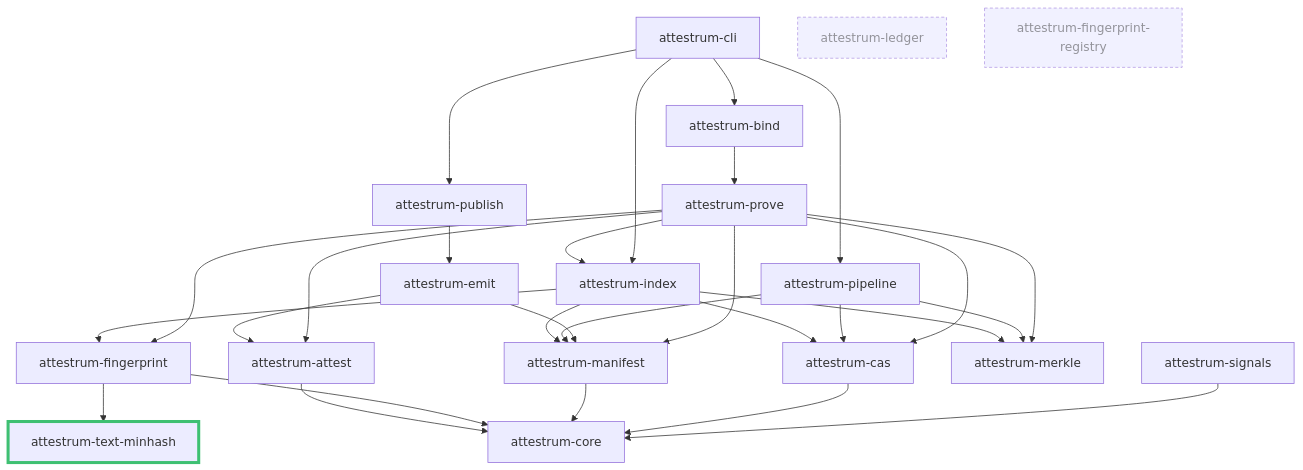
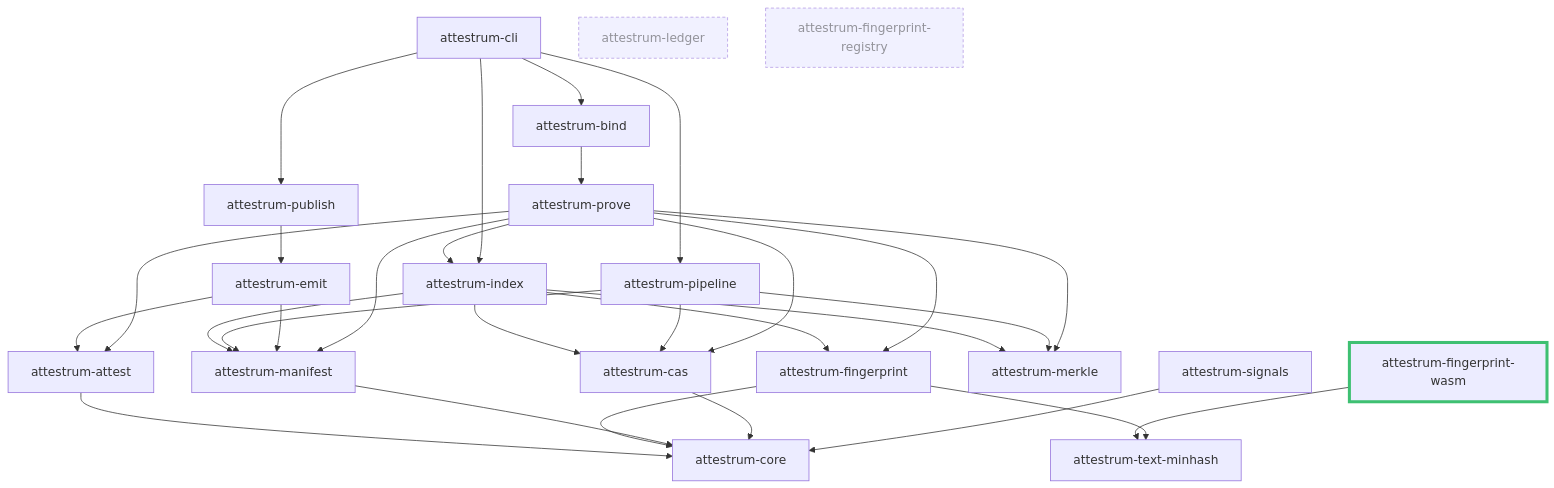
One commit to Attestrum/Attestrum changed the diagram in docs/diagrams/overview/crate-deps.md. Above: the diagram before and after it, drawn with Mermaid. The commit also changed other lines of this file and 12 other files, not shown here.

````diff
--- a/docs/diagrams/overview/crate-deps.md
+++ b/docs/diagrams/overview/crate-deps.md
@@ -17,43 +17,44 @@
 ```mermaid
 flowchart TD
   CLI[attestrum-cli] --> BD[attestrum-bind]
   CLI --> P[attestrum-pipeline]
   CLI --> PB[attestrum-publish]
 
   BD --> PV[attestrum-prove]
   PB --> EM[attestrum-emit]
 
   PV --> AT[attestrum-attest]
   PV --> CAS[attestrum-cas]
   PV --> FP[attestrum-fingerprint]
   PV --> M[attestrum-manifest]
   PV --> MK[attestrum-merkle]
 
   EM --> AT
   EM --> M
 
   P --> CAS
   P --> M
   P --> MK
 
   CLI --> IX[attestrum-index]
   PV --> IX
   IX --> FP
   IX --> CAS
   IX --> M
   IX --> MK
 
   S[attestrum-signals] --> C[attestrum-core]
   CAS --> C
   M --> C
   FP --> C
   FP --> TM[attestrum-text-minhash]
+  FW[attestrum-fingerprint-wasm] --> TM
   AT --> C
 
   L[attestrum-ledger]:::unwired
   FR[attestrum-fingerprint-registry]:::unwired
 
   classDef unwired stroke-dasharray: 4 3,opacity:0.7
   classDef added stroke:#3ec072,stroke-width:4px
-  class TM added
+  class FW added
 ```
````
